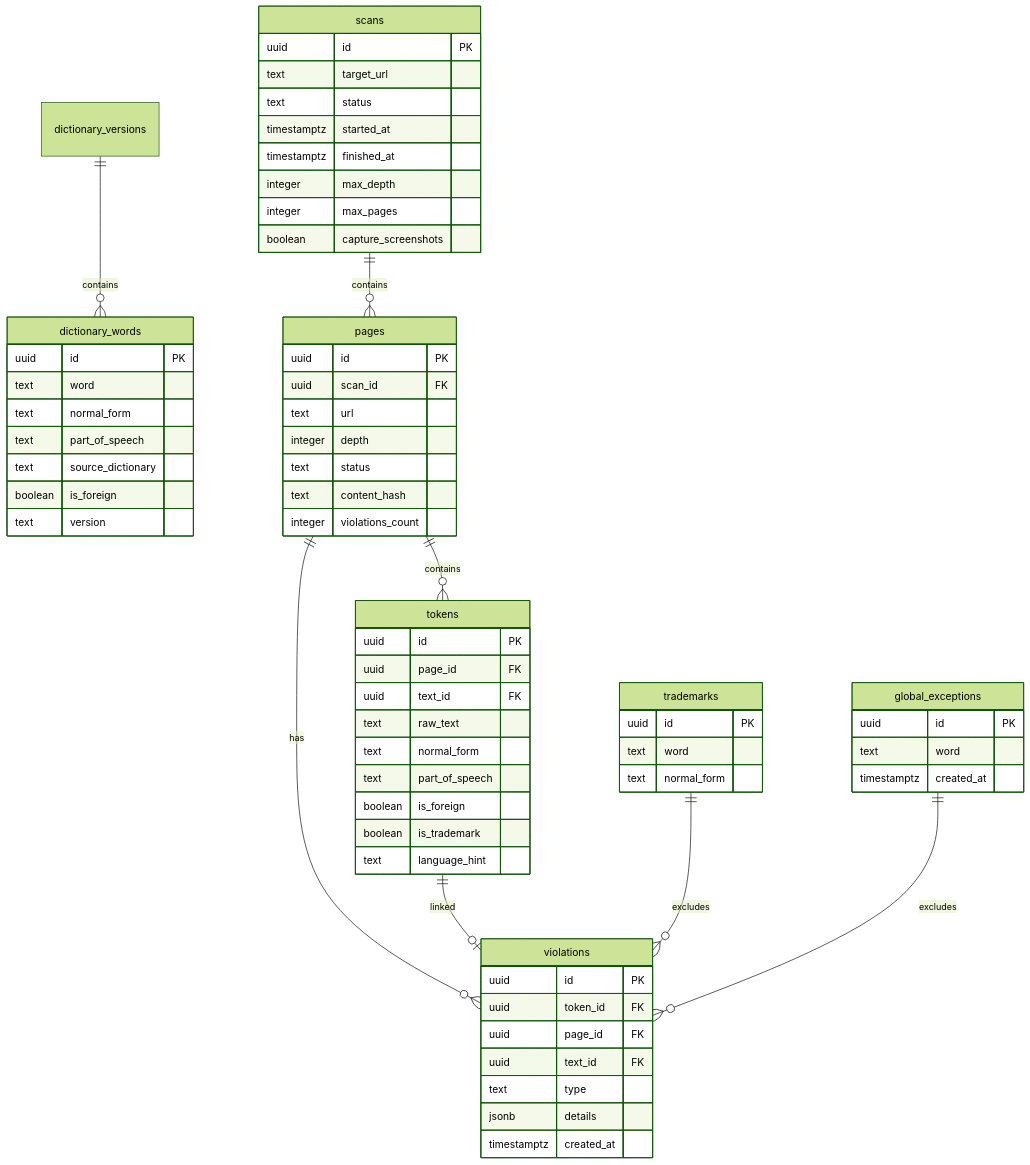
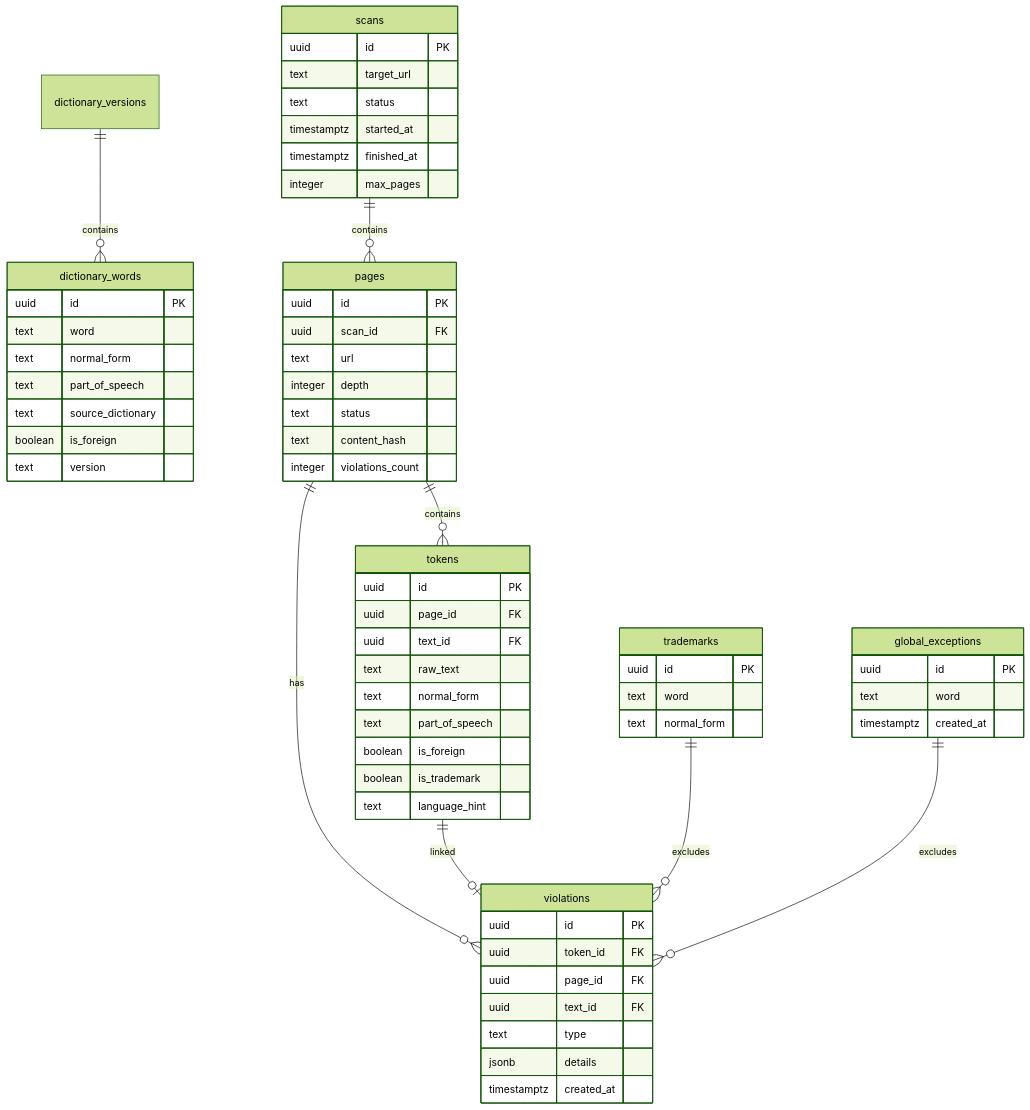
One commit to andreyradin2017-beep/lingua-check-ru changed the second of 2 diagrams in docs/data_model.md. Above: the diagram before and after it, drawn with Mermaid (forest theme). The commit also changed other lines of this file and 7 other files, not shown here.

````diff
--- a/docs/data_model.md
+++ b/docs/data_model.md
@@ -254,74 +253,72 @@
 ```mermaid
 erDiagram
     dictionary_versions ||--o{ dictionary_words : contains
     dictionary_words {
         uuid id PK
         text word
         text normal_form
         text part_of_speech
         text source_dictionary
         boolean is_foreign
         text version
     }
     
     scans ||--o{ pages : contains
     scans {
         uuid id PK
         text target_url
         text status
         timestamptz started_at
         timestamptz finished_at
-        integer max_depth
         integer max_pages
-        boolean capture_screenshots
     }
     
     pages ||--o{ tokens : contains
     pages ||--o{ violations : has
     pages {
         uuid id PK
         uuid scan_id FK
         text url
         integer depth
         text status
         text content_hash
         integer violations_count
     }
     
     tokens ||--o| violations : linked
     tokens {
         uuid id PK
         uuid page_id FK
         uuid text_id FK
         text raw_text
         text normal_form
         text part_of_speech
         boolean is_foreign
         boolean is_trademark
         text language_hint
     }
     
     violations {
         uuid id PK
         uuid token_id FK
         uuid page_id FK
         uuid text_id FK
         text type
         jsonb details
         timestamptz created_at
     }
     
     trademarks ||--o{ violations : excludes
     trademarks {
         uuid id PK
         text word
         text normal_form
     }
     
     global_exceptions ||--o{ violations : excludes
     global_exceptions {
         uuid id PK
         text word
         timestamptz created_at
     }
 ```
````
